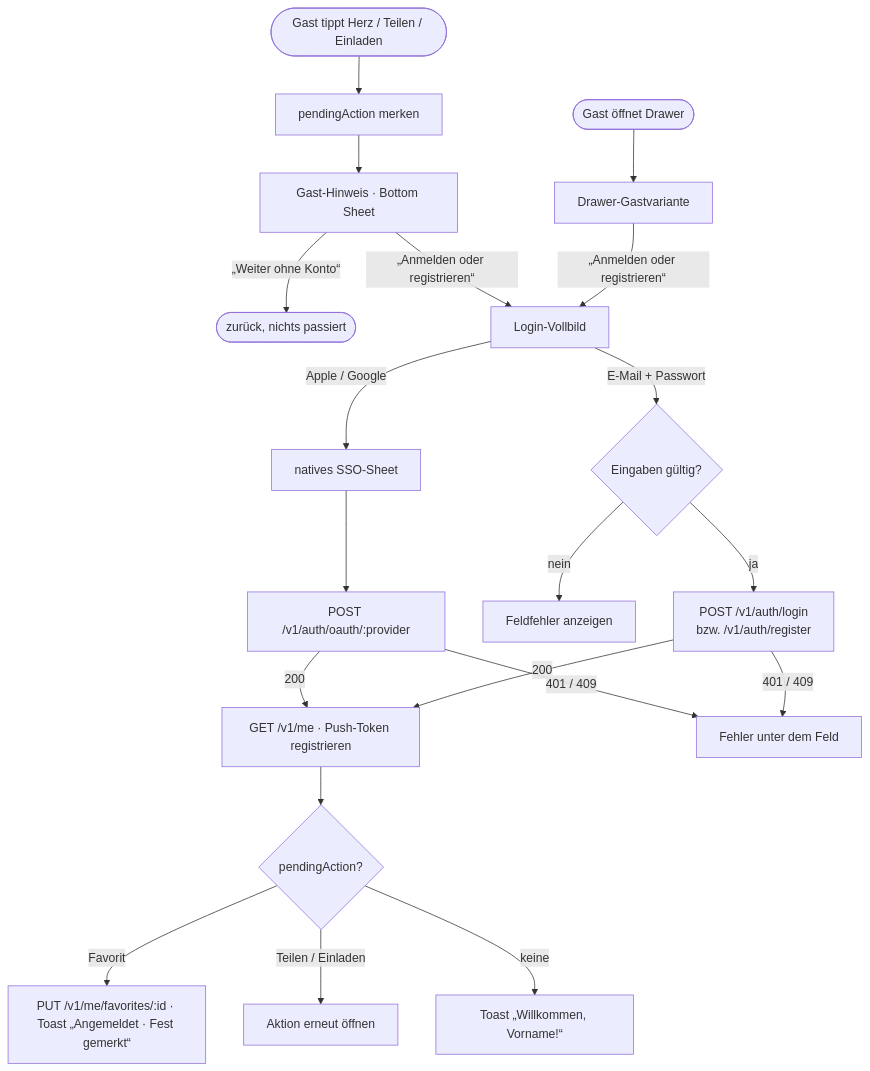
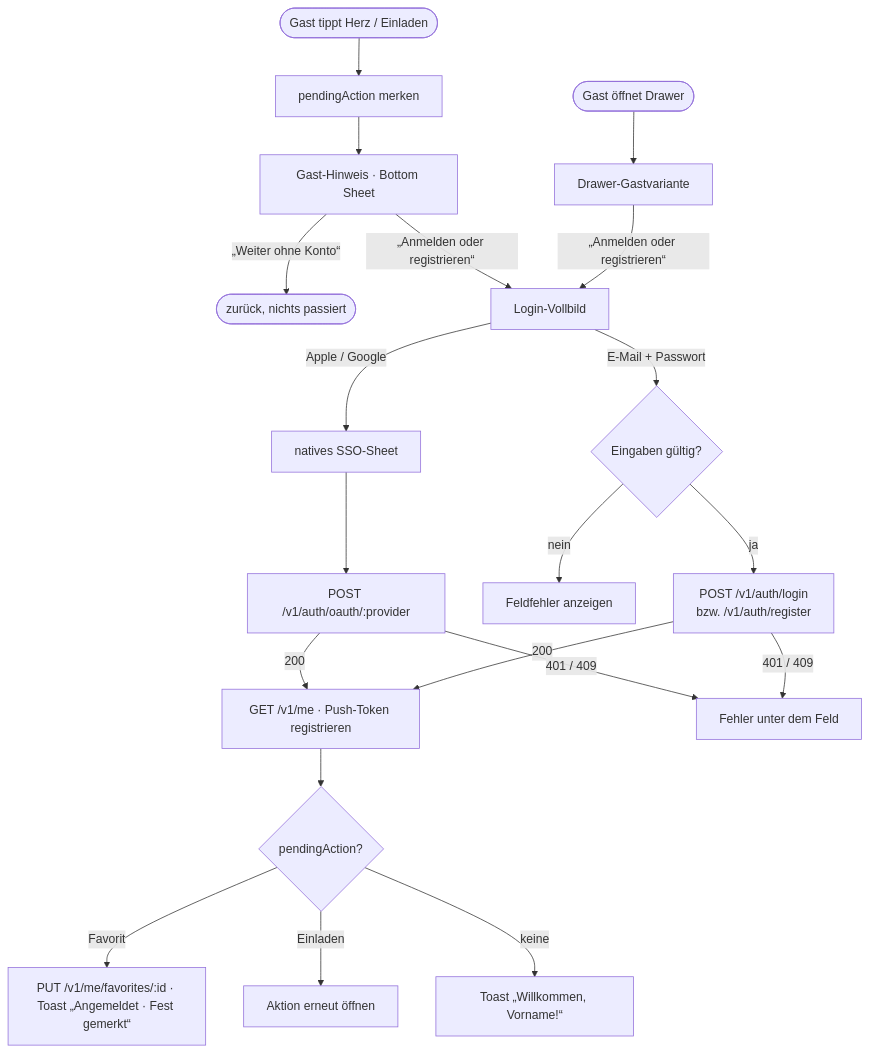
Before and after one commit to Harpune/Stadtfest-Finder: the diagram in 00-docs/15-design/workflows/03-authentifizierung.md, drawn with Mermaid. The commit also changed other lines of this file and 10 other files, not shown here.

````diff
--- a/00-docs/15-design/workflows/03-authentifizierung.md
+++ b/00-docs/15-design/workflows/03-authentifizierung.md
@@ -21,19 +21,19 @@
 ```mermaid
 flowchart TD
-  A([Gast tippt Herz / Teilen / Einladen]) --> PA[pendingAction merken]
+  A([Gast tippt Herz / Einladen]) --> PA[pendingAction merken]
   PA --> H[Gast-Hinweis · Bottom Sheet]
   DG([Gast öffnet Drawer]) --> GD[Drawer-Gastvariante]
   H -->|„Weiter ohne Konto“| BACK([zurück, nichts passiert])
   H -->|„Anmelden oder registrieren“| LG[Login-Vollbild]
   GD -->|„Anmelden oder registrieren“| LG
   LG -->|Apple / Google| SSO[natives SSO-Sheet] --> T1[POST /v1/auth/oauth/:provider]
   LG -->|E-Mail + Passwort| V{Eingaben gültig?}
   V -- nein --> ERR[Feldfehler anzeigen]
   V -- ja --> T2[POST /v1/auth/login<br/>bzw. /v1/auth/register]
   T1 & T2 -->|200| ME[GET /v1/me · Push-Token registrieren]
   T1 & T2 -->|401 / 409| E2[Fehler unter dem Feld]
   ME --> DO{pendingAction?}
   DO -- Favorit --> FAV[PUT /v1/me/favorites/:id · Toast „Angemeldet · Fest gemerkt“]
-  DO -- Teilen / Einladen --> RE[Aktion erneut öffnen]
+  DO -- Einladen --> RE[Aktion erneut öffnen]
   DO -- keine --> W[Toast „Willkommen, Vorname!“]
 ```
````
